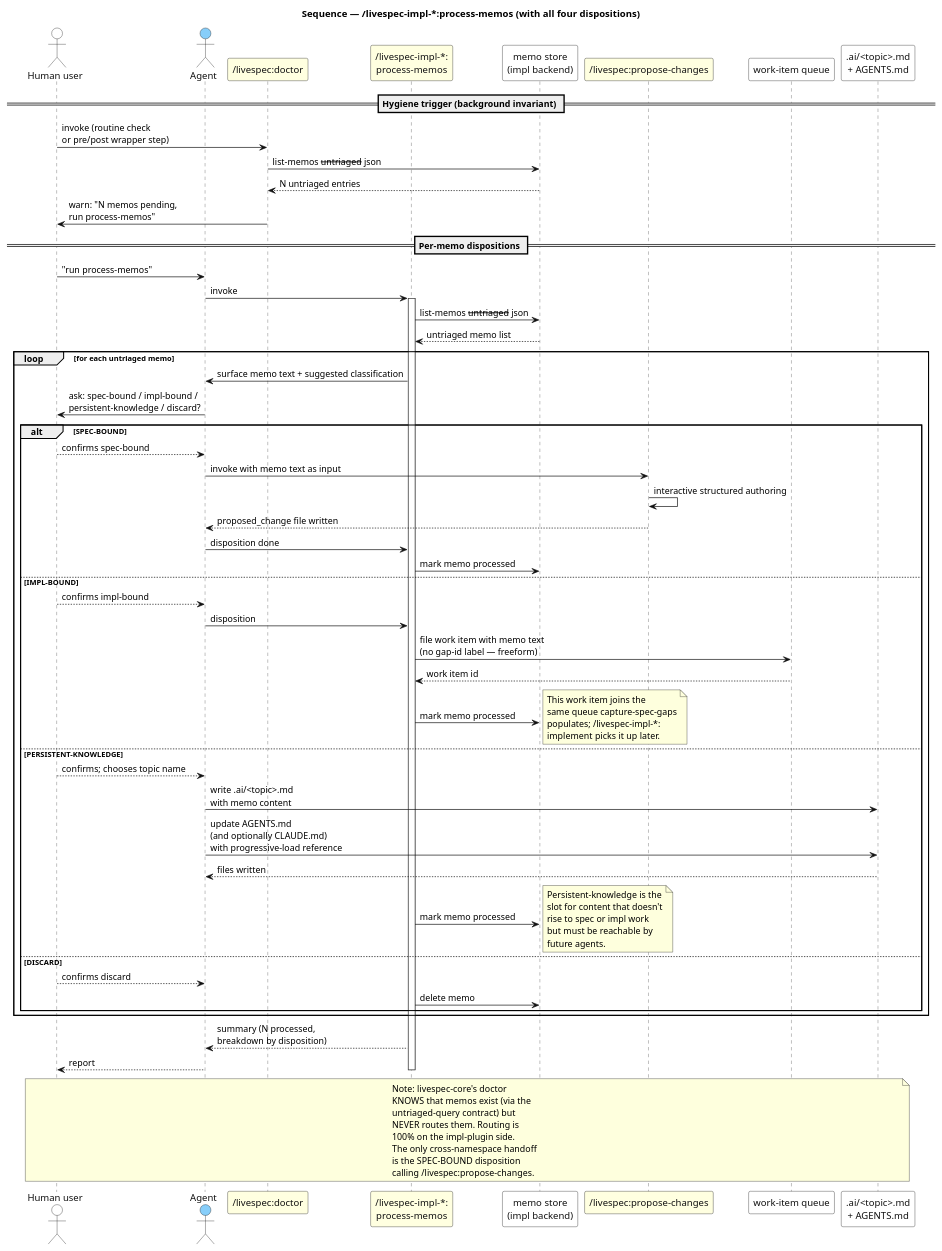
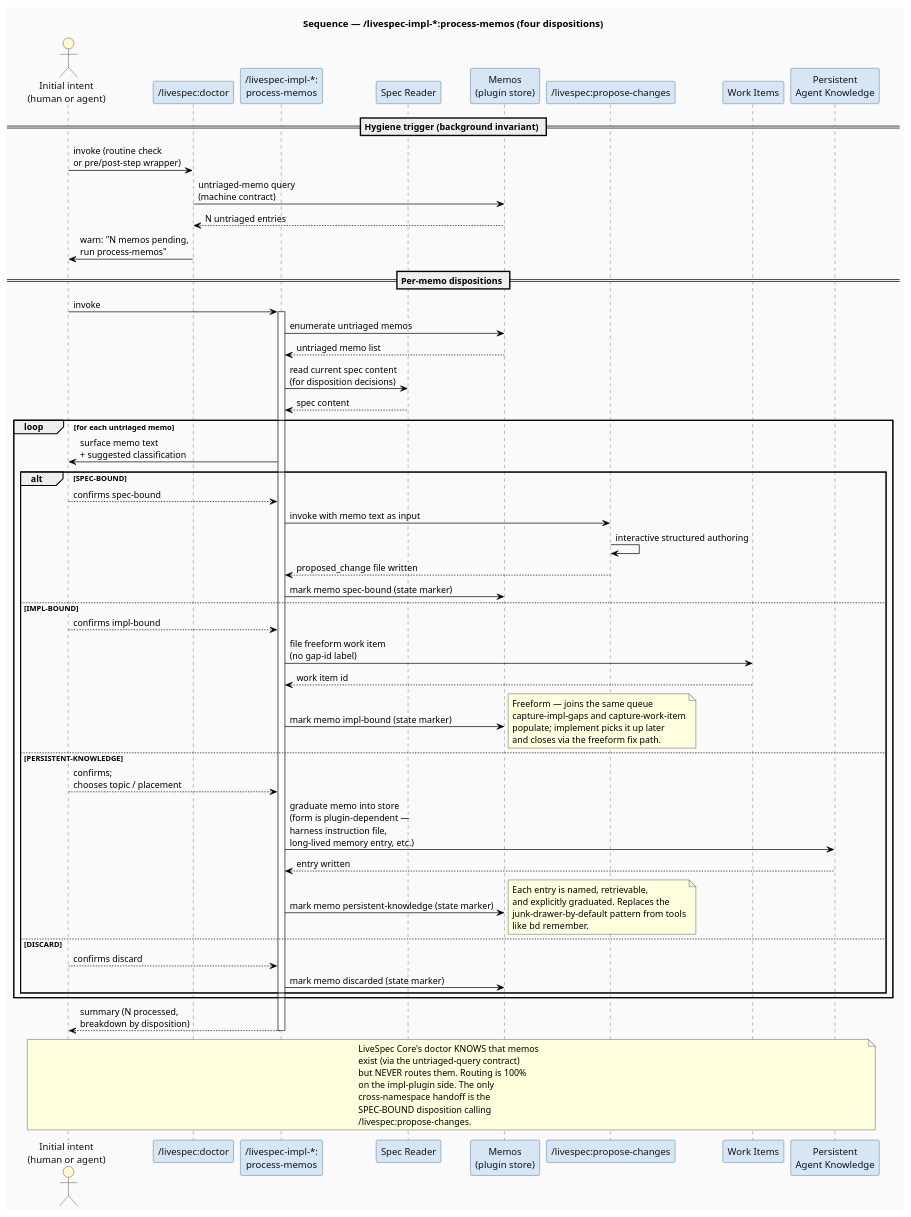
The diagram in research/workflow-processes/diagrams/seq-process-memos.plantuml (thewoolleyman/livespec), drawn with PlantUML before and after one commit. The commit also changed 19 other files, not shown here.

```diff
--- a/research/workflow-processes/diagrams/seq-process-memos.plantuml
+++ b/research/workflow-processes/diagrams/seq-process-memos.plantuml
@@ -1,79 +1,76 @@
 @startuml seq-process-memos
-title Sequence — /livespec-impl-*:process-memos (with all four dispositions)
+title Sequence — /livespec-impl-*:process-memos (four dispositions)
 skinparam defaultFontName Helvetica
 skinparam shadowing false
-skinparam BackgroundColor white
-skinparam ArrowColor #111
+skinparam BackgroundColor #fafafa
+skinparam ArrowColor #000000
 skinparam sequence {
-  ParticipantBorderColor #111
-  ParticipantBackgroundColor white
+  ParticipantBorderColor #1f4768
+  ParticipantBackgroundColor #d6e6f5
   ParticipantFontColor #111
   ActorBorderColor #111
-  ActorBackgroundColor white
+  ActorBackgroundColor #fffacc
   ActorFontColor #111
   LifeLineBorderColor #444
 }
 
-actor "Human user" as User
-actor "Agent" as Agent #LightSkyBlue
-participant "/livespec:doctor" as Doctor #LightYellow
-participant "/livespec-impl-*:\nprocess-memos" as Process #LightYellow
-participant "memo store\n(impl backend)" as Memos
-participant "/livespec:propose-changes" as Propose #LightYellow
-participant "work-item queue" as Queue
-participant ".ai/<topic>.md\n+ AGENTS.md" as AiFiles
+actor "Initial intent\n(human or agent)" as User
+participant "/livespec:doctor" as Doctor
+participant "/livespec-impl-*:\nprocess-memos" as Process
+participant "Spec Reader" as SpecReader
+participant "Memos\n(plugin store)" as Memos
+participant "/livespec:propose-changes" as Propose
+participant "Work Items" as Queue
+participant "Persistent\nAgent Knowledge" as AgentKnowledge
 
 == Hygiene trigger (background invariant) ==
 
-User -> Doctor : invoke (routine check\nor pre/post wrapper step)
-Doctor -> Memos : list-memos --untriaged --json
+User -> Doctor : invoke (routine check\nor pre/post-step wrapper)
+Doctor -> Memos : untriaged-memo query\n(machine contract)
 Memos --> Doctor : N untriaged entries
 Doctor -> User : warn: "N memos pending,\nrun process-memos"
 
 == Per-memo dispositions ==
 
-User -> Agent : "run process-memos"
-Agent -> Process : invoke
+User -> Process : invoke
 activate Process
 
-Process -> Memos : list-memos --untriaged --json
+Process -> Memos : enumerate untriaged memos
 Memos --> Process : untriaged memo list
 
+Process -> SpecReader : read current spec content\n(for disposition decisions)
+SpecReader --> Process : spec content
+
 loop for each untriaged memo
-  Process -> Agent : surface memo text + suggested classification
-  Agent -> User : ask: spec-bound / impl-bound /\npersistent-knowledge / discard?
+  Process -> User : surface memo text\n+ suggested classification
 
   alt SPEC-BOUND
-    User --> Agent : confirms spec-bound
-    Agent -> Propose : invoke with memo text as input
+    User --> Process : confirms spec-bound
+    Process -> Propose : invoke with memo text as input
     Propose -> Propose : interactive structured authoring
-    Propose --> Agent : proposed_change file written
-    Agent -> Process : disposition done
-    Process -> Memos : mark memo processed
+    Propose --> Process : proposed_change file written
+    Process -> Memos : mark memo spec-bound (state marker)
   else IMPL-BOUND
-    User --> Agent : confirms impl-bound
-    Agent -> Process : disposition
-    Process -> Queue : file work item with memo text\n(no gap-id label — freeform)
+    User --> Process : confirms impl-bound
+    Process -> Queue : file freeform work item\n(no gap-id label)
     Queue --> Process : work item id
-    Process -> Memos : mark memo processed
-    note right : This work item joins the\nsame queue capture-spec-gaps\npopulates; /livespec-impl-*:\nimplement picks it up later.
+    Process -> Memos : mark memo impl-bound (state marker)
+    note right : Freeform — joins the same queue\ncapture-impl-gaps and capture-work-item\npopulate; implement picks it up later\nand closes via the freeform fix path.
   else PERSISTENT-KNOWLEDGE
-    User --> Agent : confirms; chooses topic name
-    Agent -> AiFiles : write .ai/<topic>.md\nwith memo content
-    Agent -> AiFiles : update AGENTS.md\n(and optionally CLAUDE.md)\nwith progressive-load reference
-    AiFiles --> Agent : files written
-    Process -> Memos : mark memo processed
-    note right : Persistent-knowledge is the\nslot for content that doesn't\nrise to spec or impl work\nbut must be reachable by\nfuture agents.
+    User --> Process : confirms;\nchooses topic / placement
+    Process -> AgentKnowledge : graduate memo into store\n(form is plugin-dependent —\nharness instruction file,\nlong-lived memory entry, etc.)
+    AgentKnowledge --> Process : entry written
+    Process -> Memos : mark memo persistent-knowledge (state marker)
+    note right : Each entry is named, retrievable,\nand explicitly graduated. Replaces the\njunk-drawer-by-default pattern from tools\nlike bd remember.
   else DISCARD
-    User --> Agent : confirms discard
-    Process -> Memos : delete memo
+    User --> Process : confirms discard
+    Process -> Memos : mark memo discarded (state marker)
   end
 end
 
-Process --> Agent : summary (N processed,\nbreakdown by disposition)
-Agent --> User : report
+Process --> User : summary (N processed,\nbreakdown by disposition)
 deactivate Process
 
-note over User, AiFiles : Note: livespec-core's doctor\nKNOWS that memos exist (via the\nuntriaged-query contract) but\nNEVER routes them. Routing is\n100% on the impl-plugin side.\nThe only cross-namespace handoff\nis the SPEC-BOUND disposition\ncalling /livespec:propose-changes.
+note over User, AgentKnowledge : LiveSpec Core's doctor KNOWS that memos\nexist (via the untriaged-query contract)\nbut NEVER routes them. Routing is 100%\non the impl-plugin side. The only\ncross-namespace handoff is the\nSPEC-BOUND disposition calling\n/livespec:propose-changes.
 
 @enduml
```
